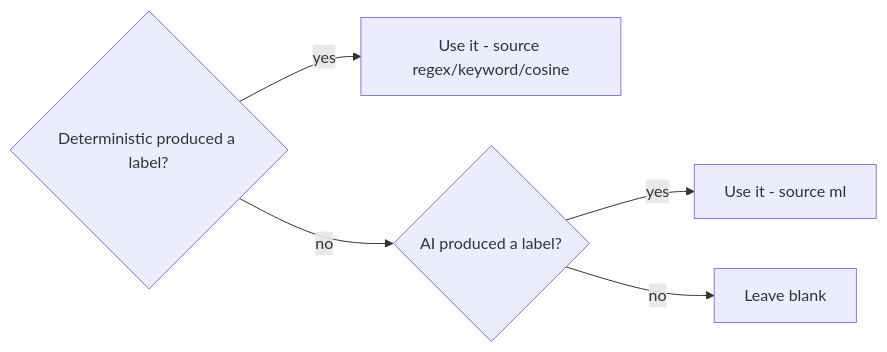
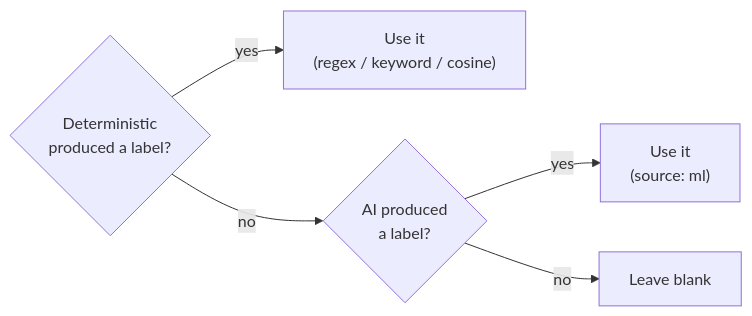
Before and after one commit to Abbas-Nagoor-Kani-BA/Autonomous-Reports-Engine: the second of 2 diagrams in wiki/Classification-Algorithm.md, drawn with Mermaid. The commit also changed other lines of this file and 1 other file, not shown here.

First line of the commit message:
docs(wiki): correct classification examples and fix Mermaid label cut-off

````diff
--- a/wiki/Classification-Algorithm.md
+++ b/wiki/Classification-Algorithm.md
@@ -237,7 +242,7 @@
 ```mermaid
 flowchart LR
-    D{Deterministic produced a label?} -->|yes| USE_D[Use it - source regex/keyword/cosine]
-    D -->|no| M{AI produced a label?}
-    M -->|yes| USE_M[Use it - source ml]
-    M -->|no| BLANK[Leave blank]
+    D{"Deterministic<br/>produced a label?"} -->|"yes"| USE_D["Use it<br/>(regex / keyword / cosine)"]
+    D -->|"no"| M{"AI produced<br/>a label?"}
+    M -->|"yes"| USE_M["Use it<br/>(source: ml)"]
+    M -->|"no"| BLANK["Leave blank"]
 ```
````
